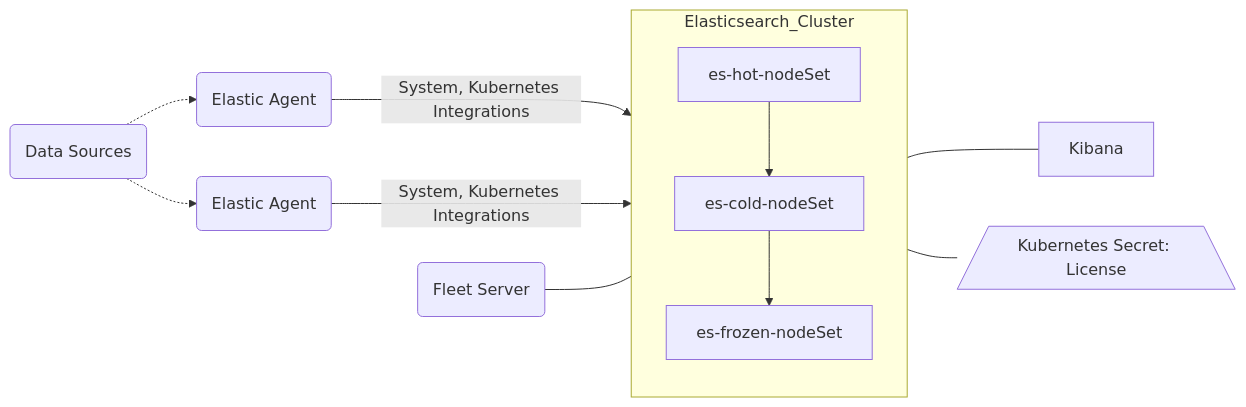
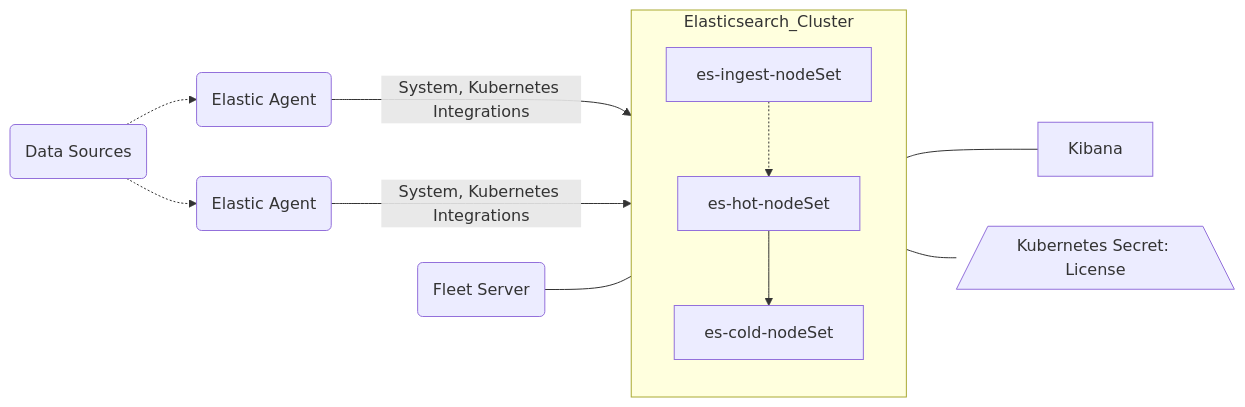
Before and after one commit to jdel12/eck-kittyhawk: the diagram in tiered/README.md, drawn with Mermaid. The commit also changed other lines of this file and 8 other files, not shown here.

````diff
--- a/tiered/README.md
+++ b/tiered/README.md
@@ -5,14 +5,15 @@
 ```mermaid
 flowchart LR
 	req(Data Sources) -.-> req3
 	req(Data Sources) -.-> req2
 	req2(Elastic Agent) ---> |System, Kubernetes Integrations|Elasticsearch_Cluster
 	req3(Elastic Agent) ---> |System, Kubernetes Integrations|Elasticsearch_Cluster
 	req4(Fleet Server) --- Elasticsearch_Cluster
 	subgraph Elasticsearch_Cluster
-	es-hot-nodeSet --> es-cold-nodeSet --> es-frozen-nodeSet
+	es-hot-nodeSet --> es-cold-nodeSet
+	es-ingest-nodeSet -.-> es-hot-nodeSet
 	end
 	Elasticsearch_Cluster --- Kibana
 	Elasticsearch_Cluster --- A[/Kubernetes Secret: License\]
 
 ```
````
